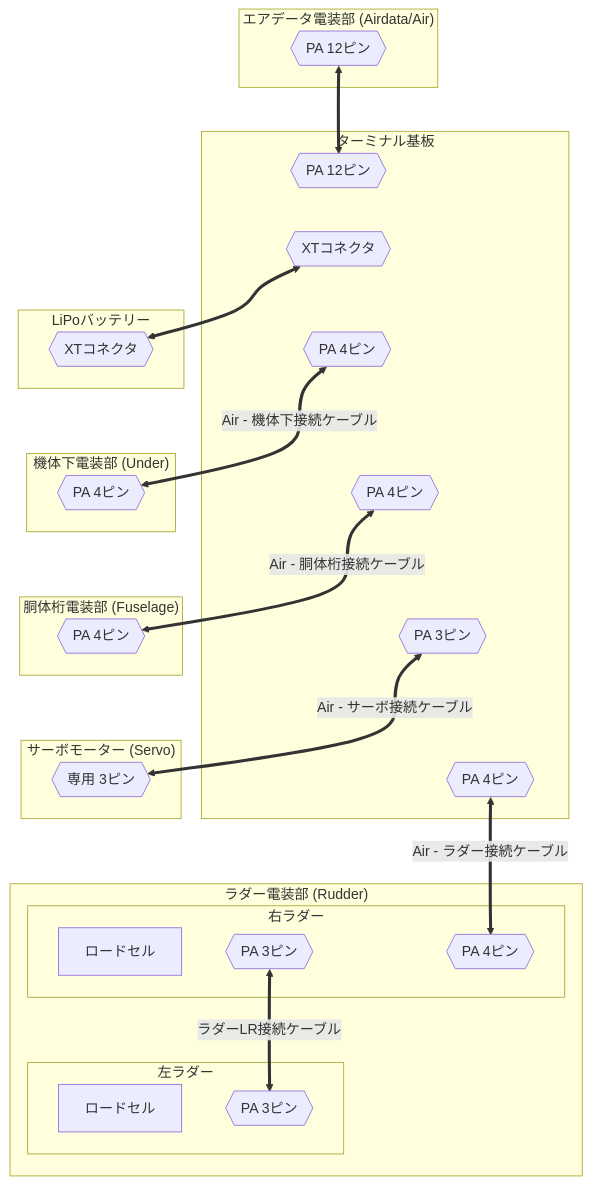
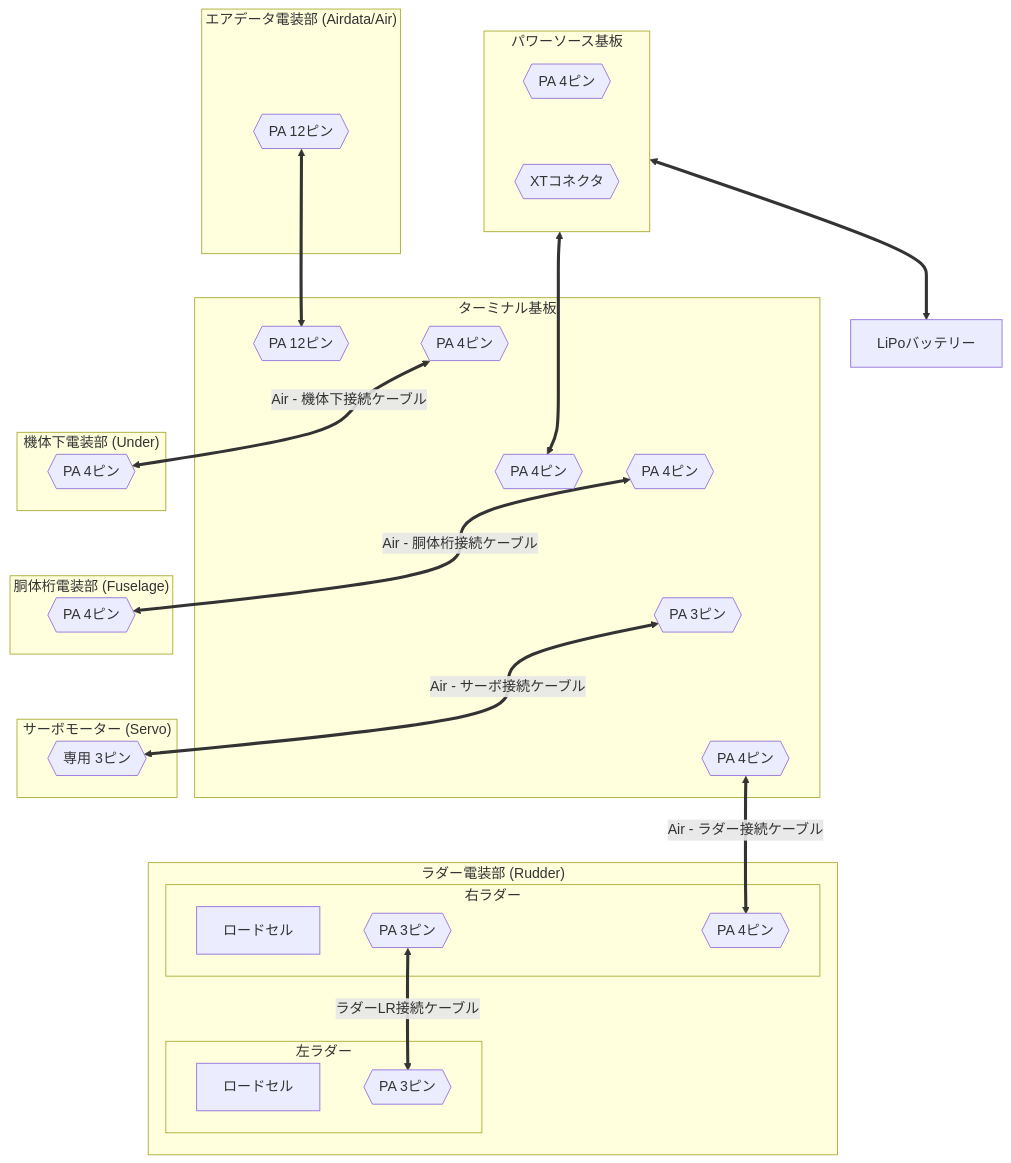
Before and after one commit to torica-org/electronics-blog: the second of 6 diagrams in docs/works/2026-avionics.md, drawn with Mermaid.

```diff
--- a/docs/works/2026-avionics.md
+++ b/docs/works/2026-avionics.md
@@ -94,54 +94,59 @@
 <pre class="mermaid" style="background-color:white;">
 flowchart TD
     subgraph airdata["エアデータ電装部 (Airdata/Air)"]
         Conn12{{"PA 12ピン"}}
     end
 
+    subgraph power["パワーソース基板"]
+    direction TB
+        toTerm{{"PA 4ピン"}}
+        solder{{"XTコネクタ"}}
+        toTerm ~~~ solder
+    end
+
     subgraph terminal["ターミナル基板"]
-        solder{{"XTコネクタ"}}
         toAir{{"PA 12ピン"}}
+        toPower{{"PA 4ピン"}}
         toUnder{{"PA 4ピン"}}
         toFuse{{"PA 4ピン"}}
         toRudder{{"PA 4ピン"}}
         toServo{{"PA 3ピン"}}
         
-        toAir ~~~ solder ~~~ toUnder ~~~ toFuse ~~~ toServo ~~~ toRudder
+        toAir ~~~ toPower ~~~ solder ~~~ toUnder ~~~ toFuse ~~~ toServo ~~~ toRudder
     end
 
-    subgraph lipo["LiPoバッテリー"]
-        XT{{"XTコネクタ"}}
-    end
+    lipo["LiPoバッテリー"]
 
     subgraph rudder["ラダー電装部 (Rudder)"]
         subgraph L["左ラダー"]
             loadcellL["ロードセル"]
             L3{{"PA 3ピン"}}
         end
         subgraph R["右ラダー"]
             loadcellR["ロードセル"]
             R3{{"PA 3ピン"}}
             R4{{"PA 4ピン"}}
         end
         R3 == "ラダーLR接続ケーブル" <==> L3
     end
 
     subgraph under["機体下電装部 (Under)"]
         under4{{"PA 4ピン"}}
     end
 
     subgraph fuselage["胴体桁電装部 (Fuselage)"]
         fuselage4{{"PA 4ピン"}}
     end
 
     subgraph servo["サーボモーター (Servo)"]
         servo3{{"専用 3ピン"}}
     end
 
     Conn12 <==> toAir
-
-    solder <==> XT
+    toTerm <==> toPower
+    solder <==> lipo
     toRudder == "Air - ラダー接続ケーブル" <==> R4
     toUnder == "Air - 機体下接続ケーブル" <==> under4
     toFuse == "Air - 胴体桁接続ケーブル" <==> fuselage4
     toServo == "Air - サーボ接続ケーブル" <==> servo3
 </pre>
```
